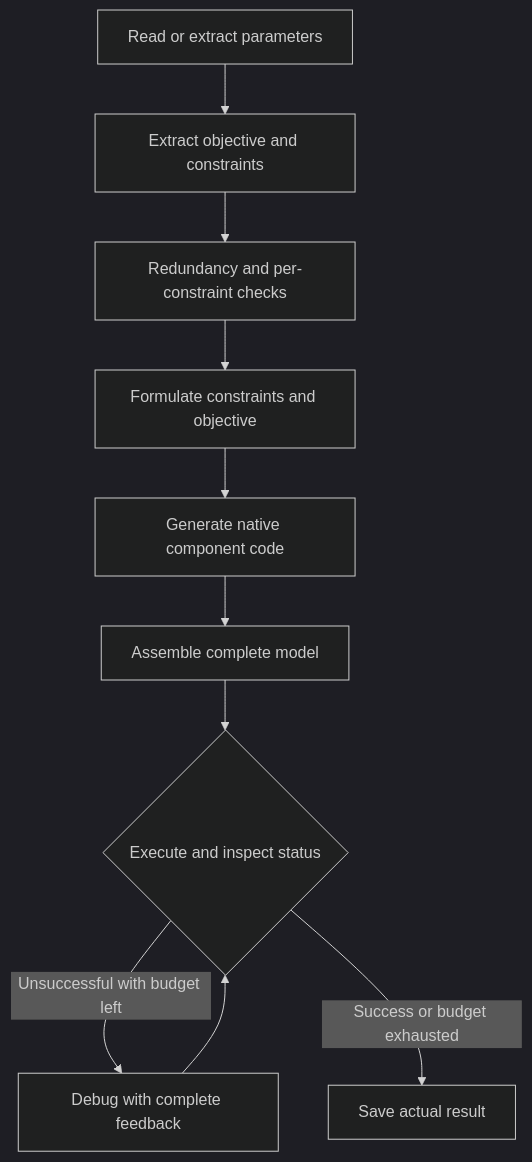
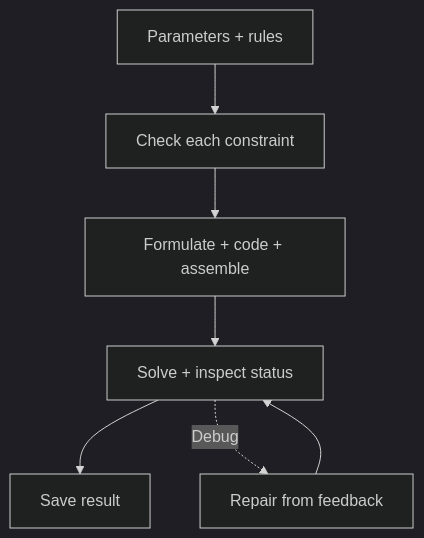
One commit to Fangziyang0910/LLM4OM changed the diagram in website/content/en/optimus.md. Above: the diagram before and after it, drawn with Mermaid (dark theme). The commit also changed other lines of this file and 231 other files, not shown here.

````diff
--- a/website/content/en/optimus.md
+++ b/website/content/en/optimus.md
@@ -11,12 +11,12 @@
 ```mermaid
 flowchart TB
-  Params["Read or extract parameters"] --> Extract["Extract objective and constraints"]
-  Extract --> Check["Redundancy and per-constraint checks"]
-  Check --> Form["Formulate constraints and objective"]
-  Form --> Components["Generate native component code"]
-  Components --> Assemble["Assemble complete model"]
-  Assemble --> Solve{"Execute and inspect status"}
-  Solve -->|Unsuccessful with budget left| Debug["Debug with complete feedback"]
+  Params["Parameters + rules"]
+  Check["Check each constraint"]
+  Assemble["Formulate + code + assemble"]
+  Solve["Solve + inspect status"]
+  Debug["Repair from feedback"]
+  Finish["Save result"]
+  Params --> Check --> Assemble --> Solve --> Finish
+  Solve -.->|Debug| Debug
   Debug --> Solve
-  Solve -->|Success or budget exhausted| Finish["Save actual result"]
 ```
````
